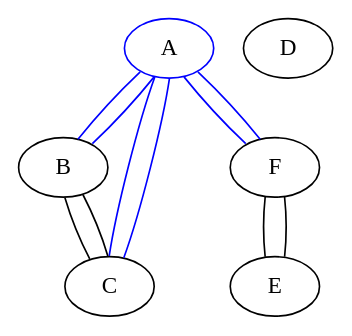
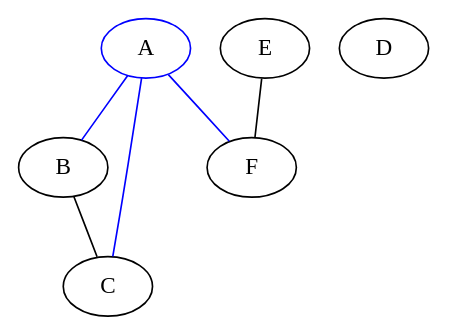
One commit to basaile92/Graphes_ARO changed the diagram in TP3/img/visu.ps.dot. Above: the diagram before and after it, drawn with Graphviz. The commit also changed 45 other files, not shown here.

```diff
--- a/TP3/img/visu.ps.dot
+++ b/TP3/img/visu.ps.dot
@@ -1,18 +1,13 @@
 graph {
 A [color=blue];
 B [color=black];
 C [color=black];
 D [color=black];
 E [color=black];
 F [color=black];
  A -- B [color=blue];
  A -- C [color=blue];
+ B -- C [color=black];
  A -- F [color=blue];
- B -- A [color=blue];
- B -- C [color=black];
- C -- A [color=blue];
- C -- B [color=black];
  E -- F [color=black];
- F -- A [color=blue];
- F -- E [color=black];
 }
```
